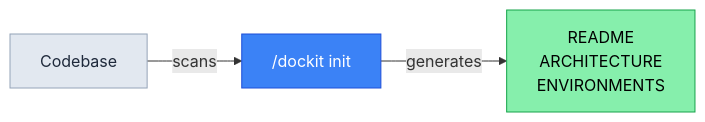
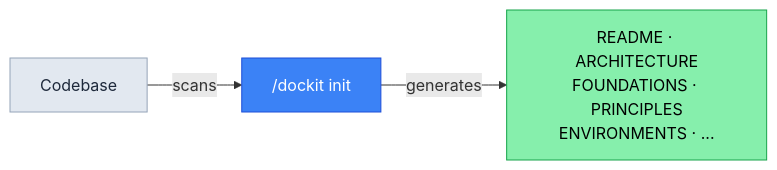
Before and after one commit to TheLampshady/repokit: the second of 5 diagrams in README.md, drawn with Mermaid. The commit also changed other lines of this file and 24 other files, not shown here.

````diff
--- a/README.md
+++ b/README.md
@@ -242,14 +242,14 @@
 ```mermaid
 graph LR
     Codebase["Codebase"]
     Dockit["/dockit init"]
-    Output["README<br/>ARCHITECTURE<br/>ENVIRONMENTS"]
+    Output["README · ARCHITECTURE<br/>FOUNDATIONS · PRINCIPLES<br/>ENVIRONMENTS · ..."]
 
     Codebase -->|"scans"| Dockit -->|"generates"| Output
 
     classDef skill fill:#3b82f6,stroke:#1d4ed8,color:#fff
     classDef output fill:#86efac,stroke:#16a34a,color:#000
     class Dockit skill
     class Output output
     style Codebase fill:#e2e8f0,stroke:#94a3b8,color:#1e293b
 ```
````
